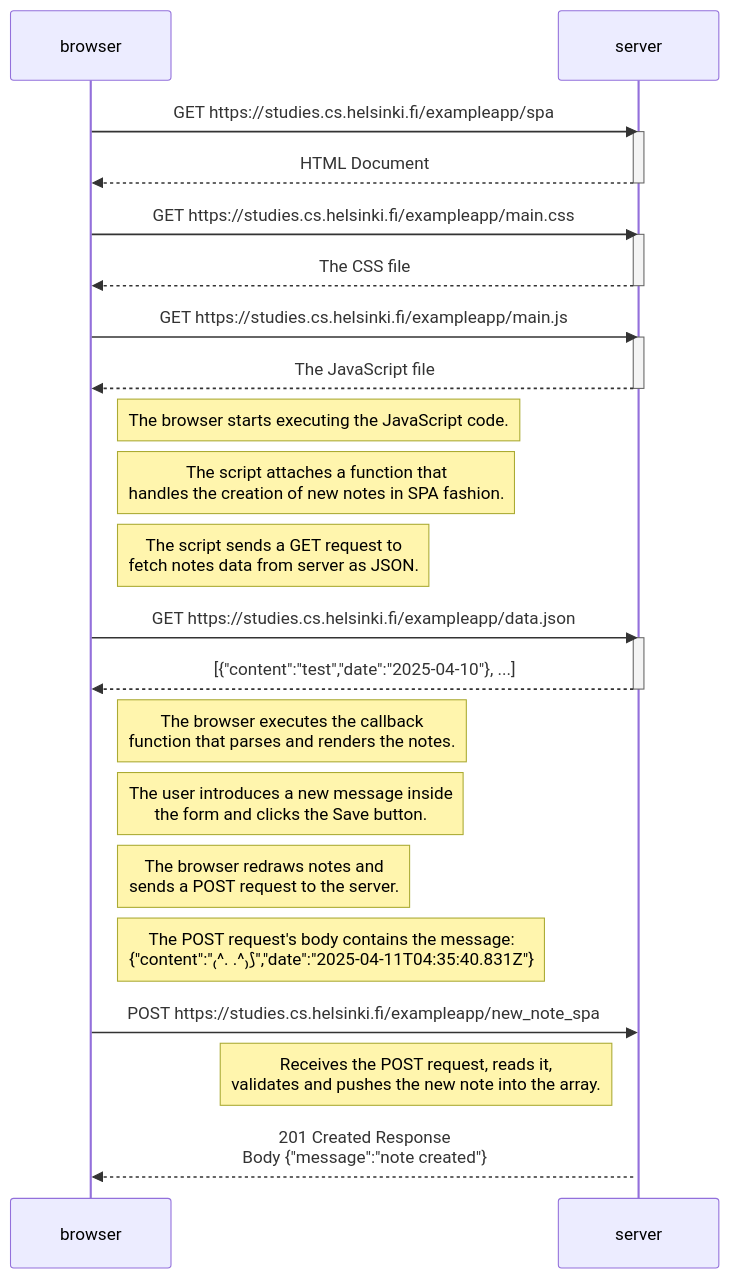
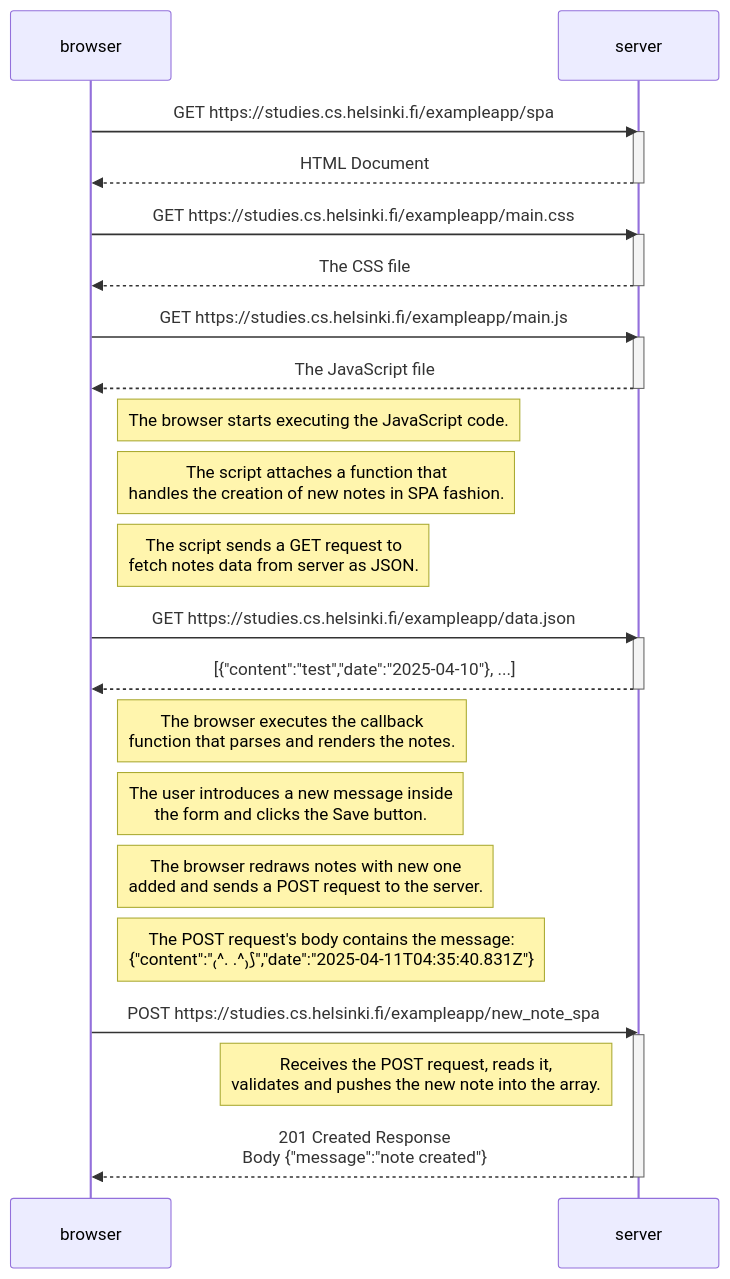
Before and after one commit to MichelPescina/FullStackOpen-Answers: the third of 3 diagrams in part0/README.md, drawn with Mermaid.

Commit message:
Some changes were made I guess

````diff
--- a/part0/README.md
+++ b/part0/README.md
@@ -84,46 +84,48 @@
 ```mermaid
 sequenceDiagram
     participant browser
     participant server
 
     browser->>server: GET https://studies.cs.helsinki.fi/exampleapp/spa
     activate server
     server-->>browser: HTML Document
     deactivate server
 
     browser->>server: GET https://studies.cs.helsinki.fi/exampleapp/main.css
     activate server
     server-->>browser: The CSS file
     deactivate server
 
     browser->>server: GET https://studies.cs.helsinki.fi/exampleapp/main.js
     activate server
     server-->>browser: The JavaScript file
     deactivate server
 
     Note right of browser: The browser starts executing the JavaScript code.
 
     Note right of browser: The script attaches a function that <br> handles the creation of new notes in SPA fashion.
 
     Note right of browser: The script sends a GET request to <br> fetch notes data from server as JSON.
 
     browser->>server: GET https://studies.cs.helsinki.fi/exampleapp/data.json
     activate server
     server-->>browser: [{"content":"test","date":"2025-04-10"}, ...]
     deactivate server
 
     Note right of browser: The browser executes the callback <br> function that parses and renders the notes.
 
     Note right of browser: The user introduces a new message inside <br> the form and clicks the Save button.
 
-    Note right of browser: The browser redraws notes and<br> sends a POST request to the server.
+    Note right of browser: The browser redraws notes with new one <br> added and sends a POST request to the server.
+
     Note right of browser: The POST request's body contains the message: <br> {"content":"₍^. .^₎⟆","date":"2025-04-11T04:35:40.831Z"}
 
     browser->>server: POST https://studies.cs.helsinki.fi/exampleapp/new_note_spa
     activate server
 
     Note left of server: Receives the POST request, reads it,<br> validates and pushes the new note into the array.
     
     server-->>browser: 201 Created Response <br>Body {"message":"note created"}
+    deactivate server
 
 ```
````
